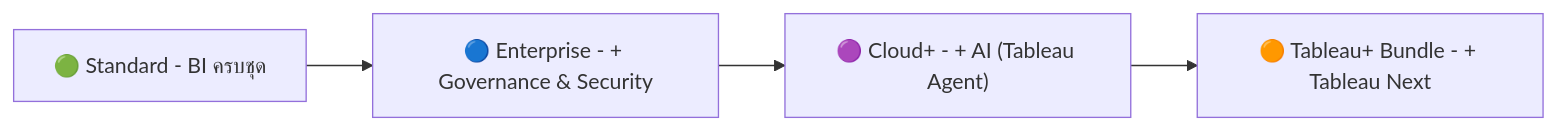
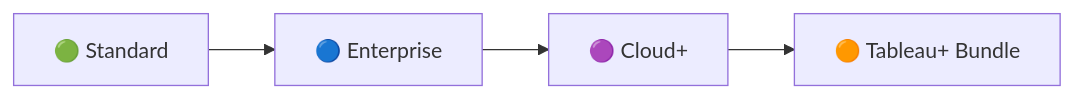
The diagram in README.md (thenaritlab/tableau-cloud-editions-comparison), drawn with Mermaid before and after one commit. The commit also changed other lines of this file, not shown here.

````diff
--- a/README.md
+++ b/README.md
@@ -40,6 +39,6 @@
 ```mermaid
 flowchart LR
-    A["🟢 Standard - BI ครบชุด"] --> B["🔵 Enterprise - + Governance & Security"]
-    B --> C["🟣 Cloud+ - + AI (Tableau Agent)"]
-    C --> D["🟠 Tableau+ Bundle - + Tableau Next"]
+    A["🟢 Standard"] --> B["🔵 Enterprise"]
+    B --> C["🟣 Cloud+"]
+    C --> D["🟠 Tableau+ Bundle"]
 ```
````
